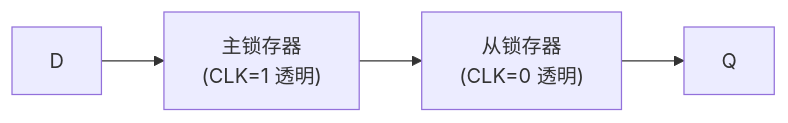
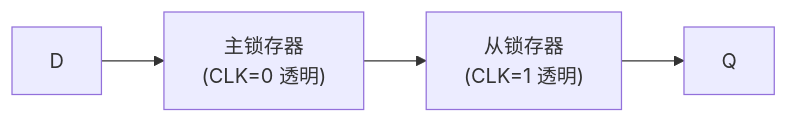
One commit to JerryPhoenixCKY/circuit_notes changed the second of 3 diagrams in circuitry/Sequential Logic.md. Above: the diagram before and after it, drawn with Mermaid. The commit also changed other lines of this file and 36 other files, not shown here.

````diff
--- a/circuitry/Sequential Logic.md
+++ b/circuitry/Sequential Logic.md
@@ -123,6 +122,6 @@
 ```mermaid
 graph LR
-    D["D"] --> M["主锁存器<br/>(CLK=1 透明)"]
-    M --> S["从锁存器<br/>(CLK=0 透明)"]
+    D["D"] --> M["主锁存器<br/>(CLK=0 透明)"]
+    M --> S["从锁存器<br/>(CLK=1 透明)"]
     S --> Q["Q"]
 ```
````
